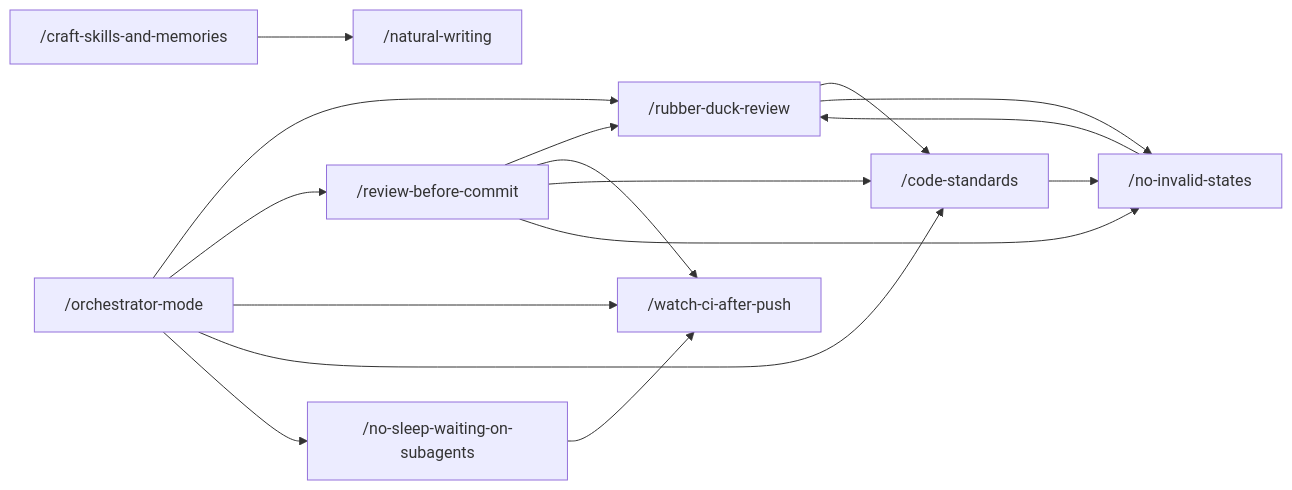
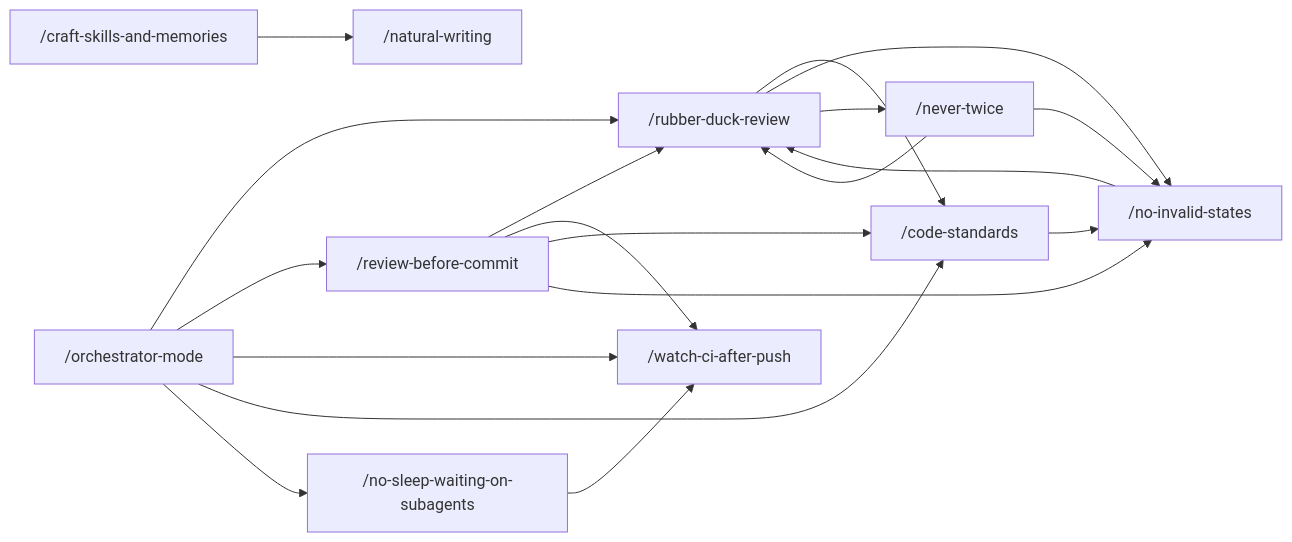
The diagram in README.md (Vivswan/skills), drawn with Mermaid before and after one commit. The commit also changed other lines of this file and 9 other files, not shown here.

First line of the commit message:
feat: add never-twice skill (#30)

````diff
--- a/README.md
+++ b/README.md
@@ -34,18 +35,21 @@
 ```mermaid
 graph LR
   om["/orchestrator-mode"] --> rdr["/rubber-duck-review"]
   om --> rbc["/review-before-commit"]
   om --> wca["/watch-ci-after-push"]
   om --> cs["/code-standards"]
   rbc --> rdr
   rbc --> wca
   rbc --> cs
   rbc --> nis["/no-invalid-states"]
   rdr --> cs
   rdr --> nis
+  rdr --> nt
   nis --> rdr
   cs --> nis
+  nt["/never-twice"] --> rdr
+  nt --> nis
   om --> nsw["/no-sleep-waiting-on-subagents"]
   nsw --> wca
   csm["/craft-skills-and-memories"] --> nw["/natural-writing"]
 ```
````
